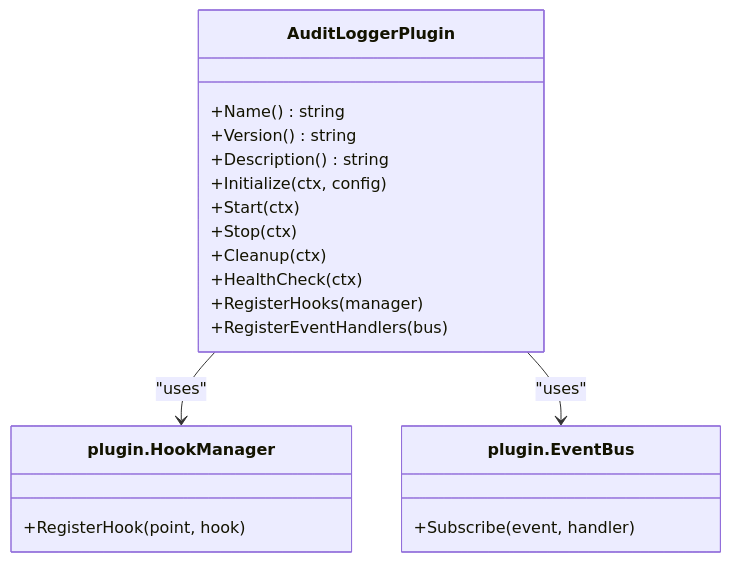
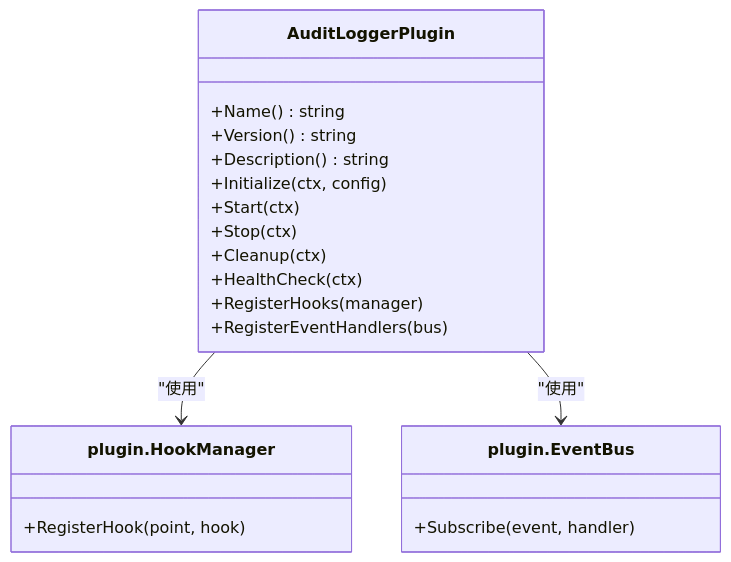
One commit to 26huitailang/kratos-boilerplate changed the fourth of 4 diagrams in .qoder/repowiki/zh/content/Backend Services/Operation Logging.md. Above: the diagram before and after it, drawn with Mermaid. The commit also changed other lines of this file and 31 other files, not shown here.

````diff
--- a/.qoder/repowiki/zh/content/Backend Services/Operation Logging.md
+++ b/.qoder/repowiki/zh/content/Backend Services/Operation Logging.md
@@ -231,23 +277,23 @@
 ```mermaid
 classDiagram
 class AuditLoggerPlugin {
 +Name() string
 +Version() string
 +Description() string
 +Initialize(ctx, config)
 +Start(ctx)
 +Stop(ctx)
 +Cleanup(ctx)
 +HealthCheck(ctx)
 +RegisterHooks(manager)
 +RegisterEventHandlers(bus)
 }
 class plugin.HookManager {
 +RegisterHook(point, hook)
 }
 class plugin.EventBus {
 +Subscribe(event, handler)
 }
-AuditLoggerPlugin --> plugin.HookManager : "uses"
-AuditLoggerPlugin --> plugin.EventBus : "uses"
+AuditLoggerPlugin --> plugin.HookManager : "使用"
+AuditLoggerPlugin --> plugin.EventBus : "使用"
 ```
````
